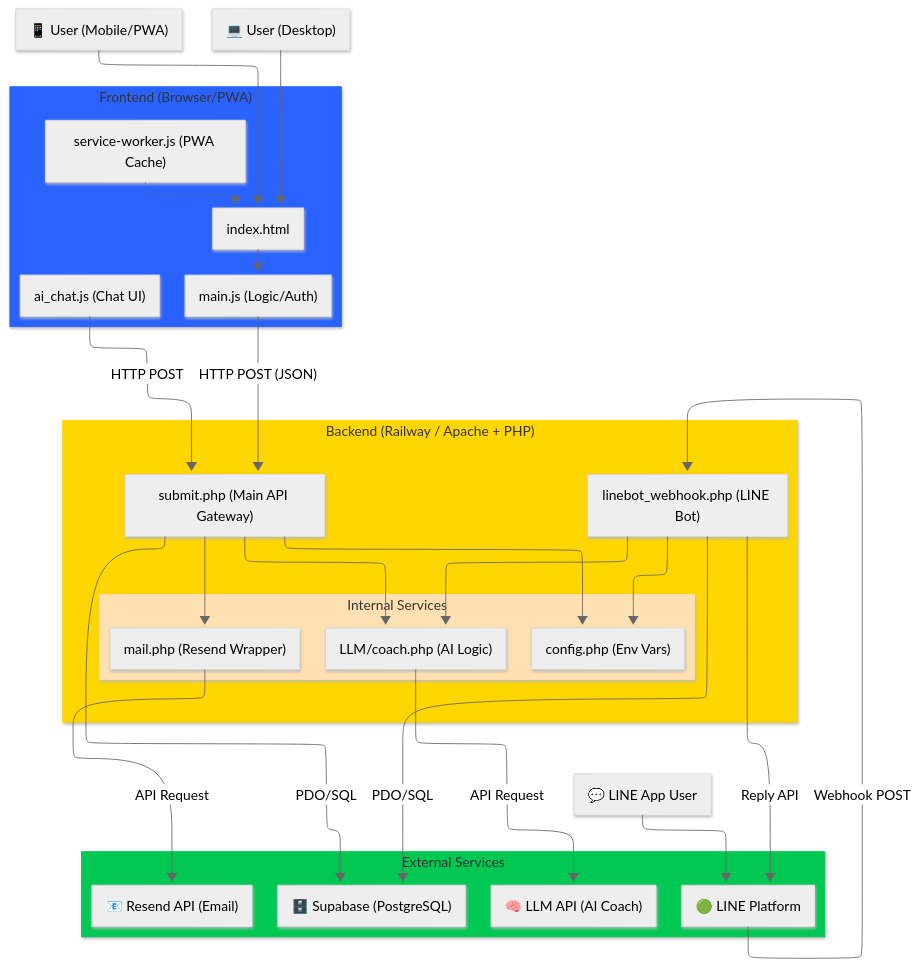
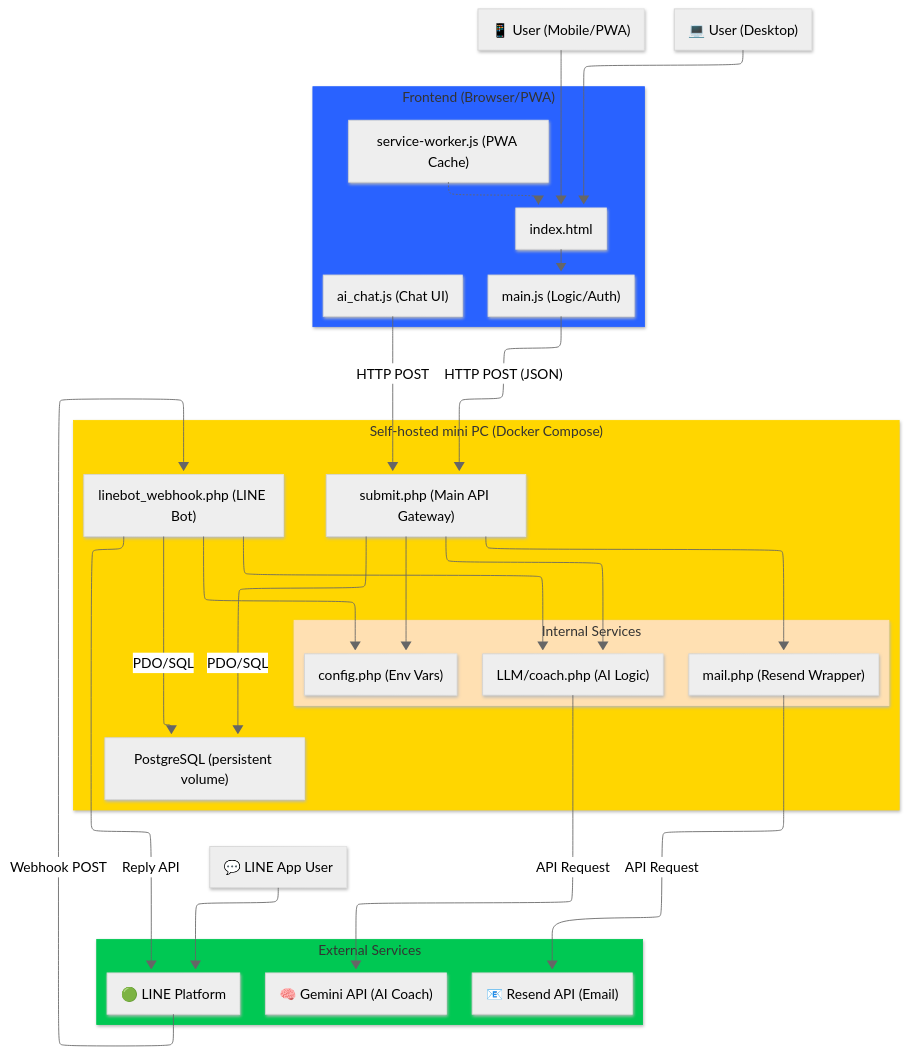
One commit to Raxter62/Fitconnect changed the first of 5 diagrams in illustrate/architecture.md. Above: the diagram before and after it, drawn with Mermaid. The commit also changed other lines of this file and 29 other files, not shown here.

Commit message:
Gemini 教練：保留獨立 PHP，移除 OpenAI 呼叫；讀取真實後端摘要，保留最近六則對話，區分紀錄事實與 AI 建議。 運動紀錄管理：列表、修改、刪除，同步更新統計、排行榜與成就資格。 聊天快捷訊息：個人週報、當日運動分析，可再選擇「請 AI 解讀」。 帳號驗證：Email 驗證、重寄驗證信、忘記密碼；重設密碼後舊登入失效。 修正手機版溢出、視窗排版及 PWA 私人 API 快取問題。

````diff
--- a/illustrate/architecture.md
+++ b/illustrate/architecture.md
@@ -7,51 +7,51 @@
 ```mermaid
 ---
 config:
   theme: neutral
   look: neo
   layout: elk
 ---
 flowchart TB
  subgraph Frontend["Frontend (Browser/PWA)"]
         Index["index.html"]
         MainJS["main.js (Logic/Auth)"]
         AIChatJS["ai_chat.js (Chat UI)"]
         SW["service-worker.js (PWA Cache)"]
   end
  subgraph Services["Internal Services"]
         MailPHP["mail.php (Resend Wrapper)"]
         CoachPHP["LLM/coach.php (AI Logic)"]
         Config["config.php (Env Vars)"]
   end
- subgraph Backend["Backend (Railway / Apache + PHP)"]
+ subgraph Backend["Self-hosted mini PC (Docker Compose)"]
         SubmitPHP["submit.php (Main API Gateway)"]
         LineWebhook["linebot_webhook.php (LINE Bot)"]
+        Postgres["PostgreSQL (persistent volume)"]
         Services
   end
  subgraph External["External Services"]
-        Supabase["🗄️ Supabase (PostgreSQL)"]
         ResendAPI["📧 Resend API (Email)"]
-        OpenAI["🧠 LLM API (AI Coach)"]
+        Gemini["🧠 Gemini API (AI Coach)"]
         LinePlatform["🟢 LINE Platform"]
   end
     UserMobile["📱 User (Mobile/PWA)"] --> Index
     UserDesktop["💻 User (Desktop)"] --> Index
     Index --> MainJS
     MainJS -- HTTP POST (JSON) --> SubmitPHP
     AIChatJS -- HTTP POST --> SubmitPHP
     SW -.-> Index
     SubmitPHP --> Config & MailPHP & CoachPHP
     LineWebhook --> Config & CoachPHP
-    SubmitPHP -- PDO/SQL --> Supabase
-    LineWebhook -- PDO/SQL --> Supabase
+    SubmitPHP -- PDO/SQL --> Postgres
+    LineWebhook -- PDO/SQL --> Postgres
     MailPHP -- API Request --> ResendAPI
-    CoachPHP -- API Request --> OpenAI
+    CoachPHP -- API Request --> Gemini
     LinePlatform -- Webhook POST --> LineWebhook
     LineWebhook -- Reply API --> LinePlatform
     LineUser["💬 LINE App User"] --> LinePlatform
 
     style Services stroke:#FFE0B2,fill:#FFE0B2
     style Backend stroke:#FFD600,fill:#FFD600
     style Frontend stroke:#2962FF,fill:#2962FF
     style External stroke:#00C853,fill:#00C853
 ```
````
